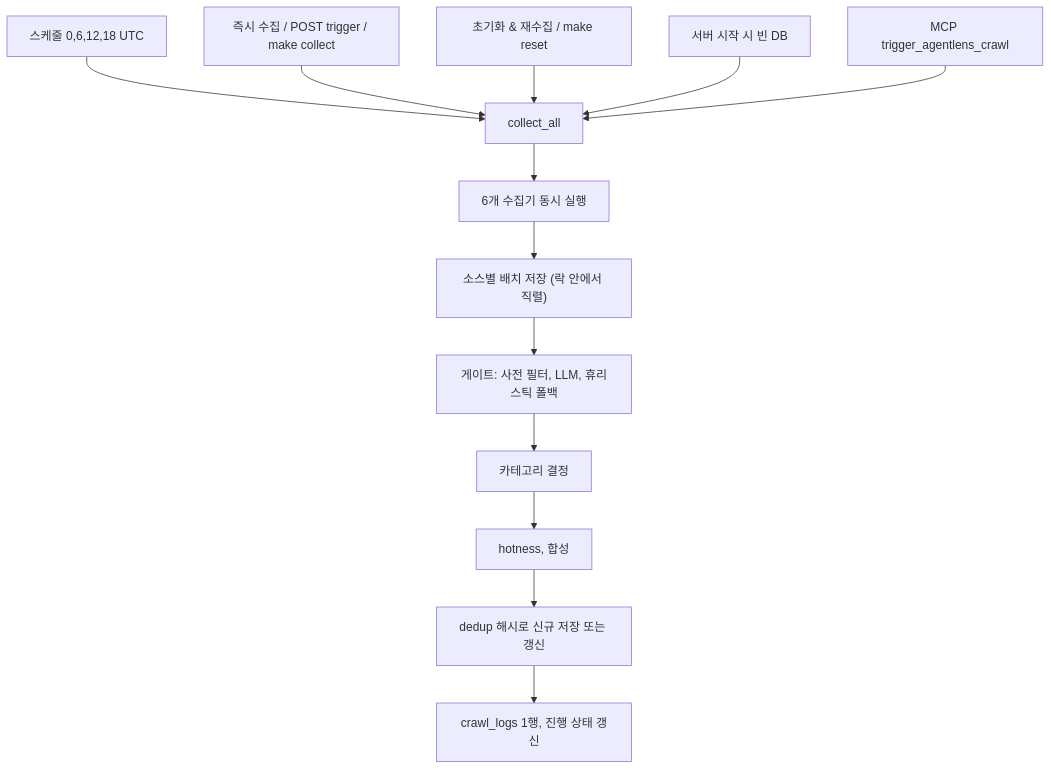
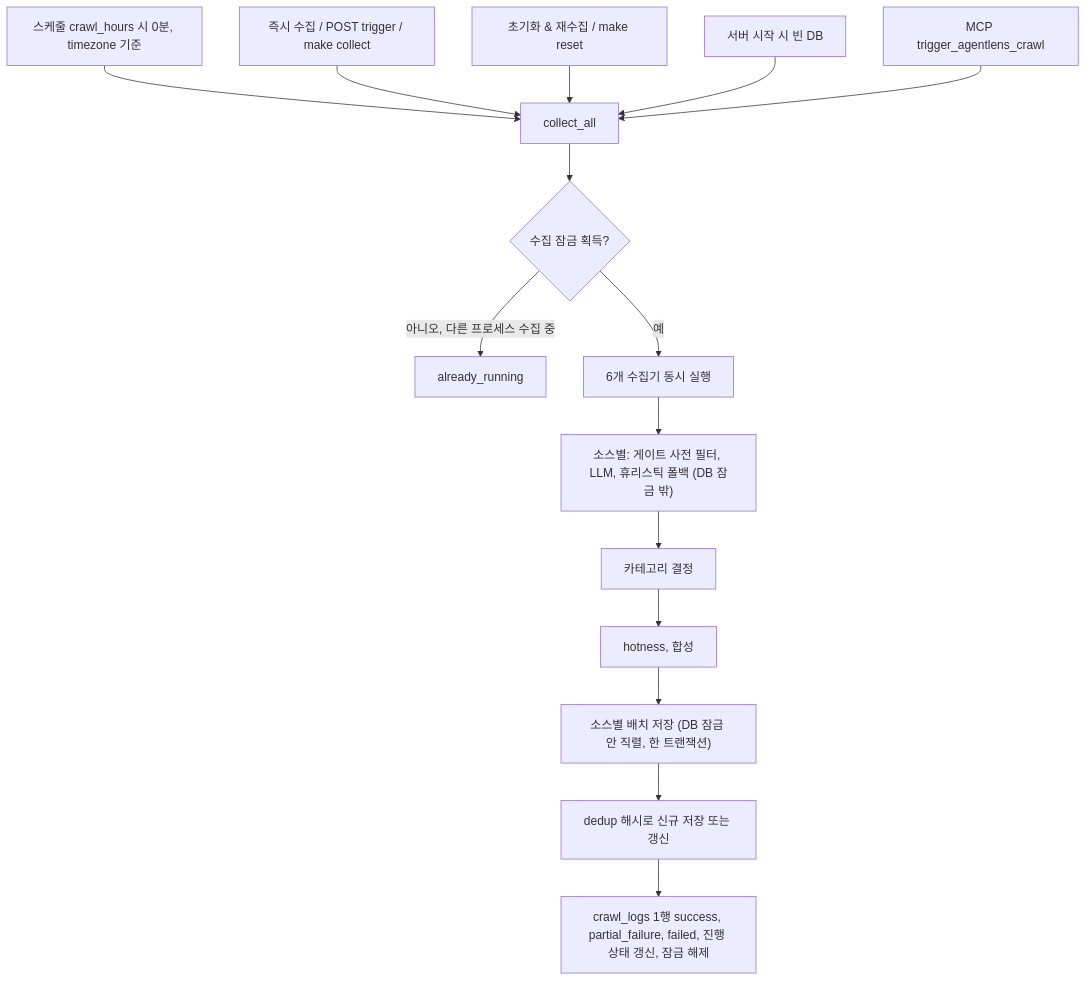
One commit to ozplayground/agent-lens changed the first of 26 diagrams in docs/spec-writer/fsd/03_COLLECTION_SPECIFICATION.md. Above: the diagram before and after it, drawn with Mermaid. The commit also changed other lines of this file and 216 other files, not shown here.

````diff
--- a/docs/spec-writer/fsd/03_COLLECTION_SPECIFICATION.md
+++ b/docs/spec-writer/fsd/03_COLLECTION_SPECIFICATION.md
@@ -63,15 +63,17 @@
 ```mermaid
 flowchart TD
-    T1["스케줄 0,6,12,18 UTC"] --> CA["collect_all"]
+    T1["스케줄 crawl_hours 시 0분, timezone 기준"] --> CA["collect_all"]
     T2["즉시 수집 / POST trigger / make collect"] --> CA
     T3["초기화 & 재수집 / make reset"] --> CA
     T4["서버 시작 시 빈 DB"] --> CA
     T5["MCP trigger_agentlens_crawl"] --> CA
-    CA --> W["6개 수집기 동시 실행"]
-    W --> B["소스별 배치 저장 (락 안에서 직렬)"]
-    B --> G["게이트: 사전 필터, LLM, 휴리스틱 폴백"]
+    CA --> K{"수집 잠금 획득?"}
+    K -->|아니오, 다른 프로세스 수집 중| R["already_running"]
+    K -->|예| W["6개 수집기 동시 실행"]
+    W --> G["소스별: 게이트 사전 필터, LLM, 휴리스틱 폴백 (DB 잠금 밖)"]
     G --> C["카테고리 결정"]
     C --> H["hotness, 합성"]
-    H --> D["dedup 해시로 신규 저장 또는 갱신"]
-    D --> L["crawl_logs 1행, 진행 상태 갱신"]
+    H --> B["소스별 배치 저장 (DB 잠금 안 직렬, 한 트랜잭션)"]
+    B --> D["dedup 해시로 신규 저장 또는 갱신"]
+    D --> L["crawl_logs 1행 success, partial_failure, failed, 진행 상태 갱신, 잠금 해제"]
 ```
````
